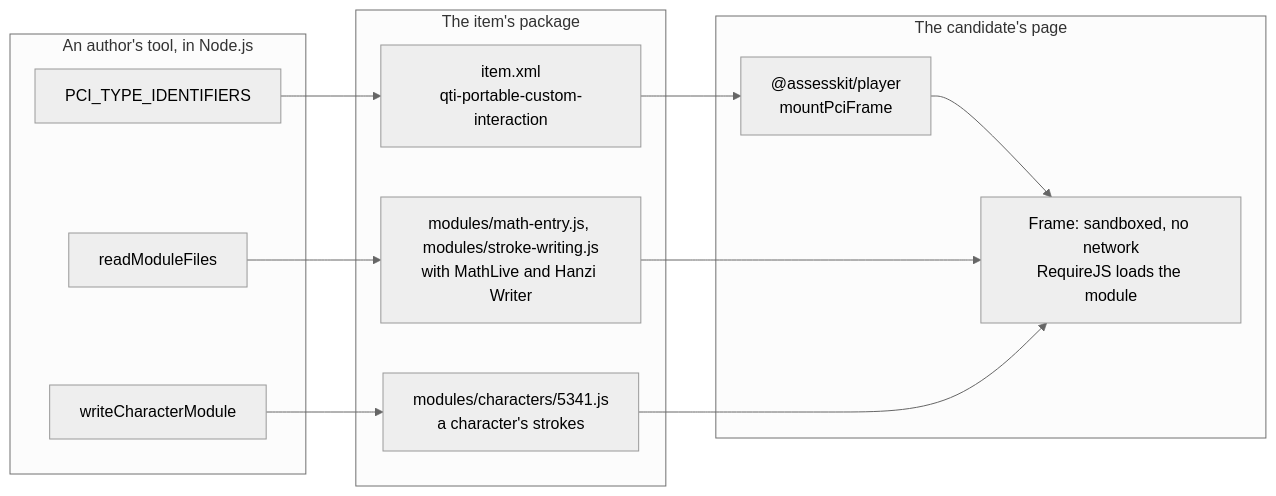
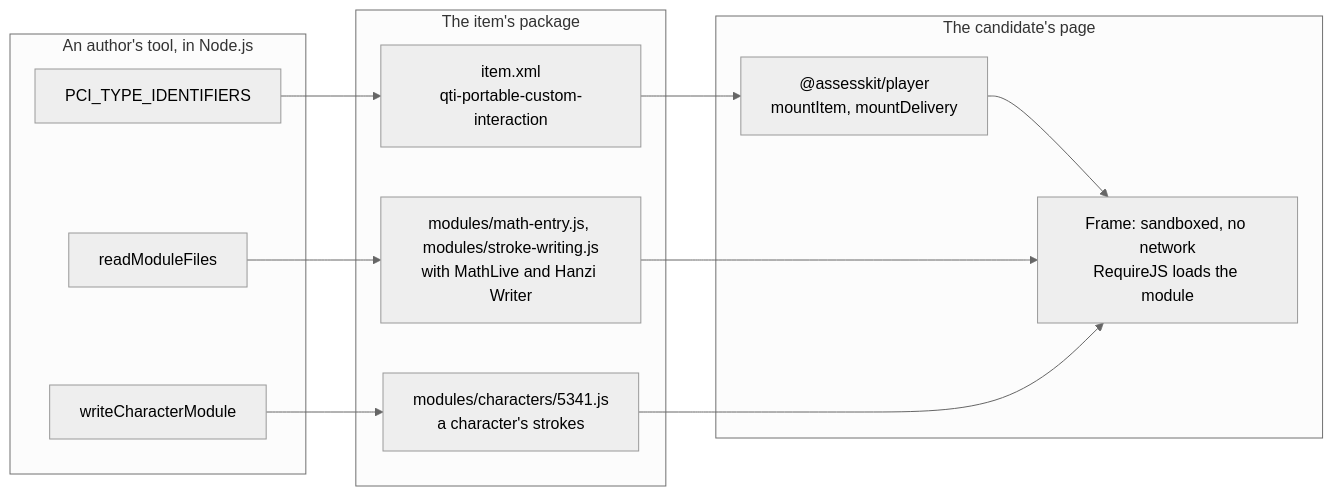
Before and after one commit to assesskit/assesskit: the diagram in docs/custom-interactions/architecture.md, drawn with Mermaid (neutral theme). The commit also changed 17 other files, not shown here.

````diff
--- a/docs/custom-interactions/architecture.md
+++ b/docs/custom-interactions/architecture.md
@@ -8,23 +8,23 @@
 ```mermaid
 flowchart LR
   subgraph tool["An author's tool, in Node.js"]
     ids["PCI_TYPE_IDENTIFIERS"]
     read["readModuleFiles"]
     write
   end
   subgraph pkg["The item's package"]
     item["item.xml<br/>qti-portable-custom-interaction"]
     module["modules/math-entry.js, modules/stroke-writing.js<br/>with MathLive and Hanzi Writer"]
     char["modules/characters/5341.js<br/>a character's strokes"]
   end
   subgraph page["The candidate's page"]
-    player["@assesskit/player<br/>mountPciFrame"]
+    player["@assesskit/player<br/>mountItem, mountDelivery"]
     frame["Frame: sandboxed, no network<br/>RequireJS loads the module"]
   end
   ids --> item
   read --> module
   write["writeCharacterModule"] --> char
   item --> player --> frame
   module --> frame
   char --> frame
 ```
````
